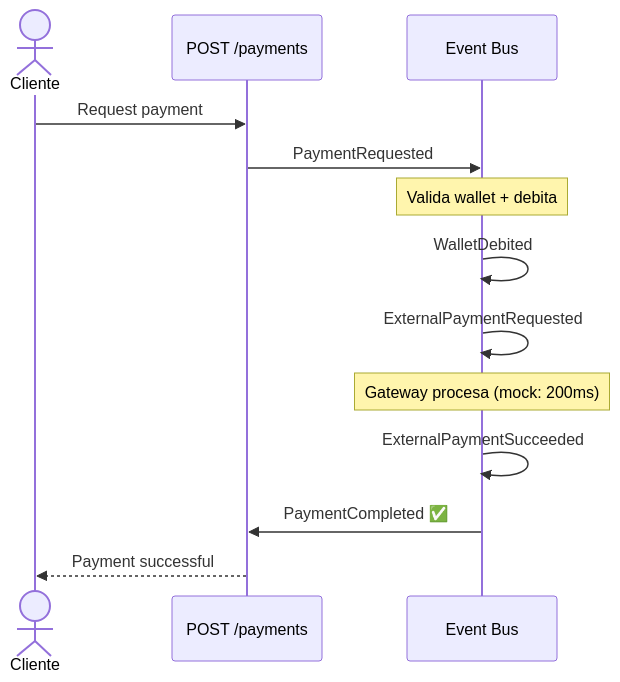
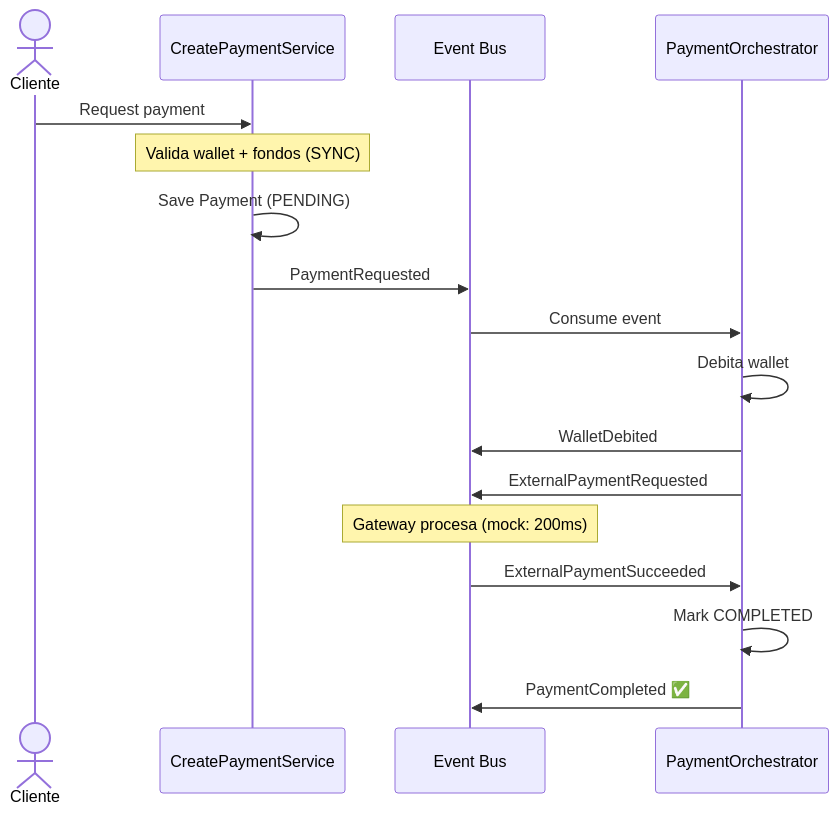
One commit to frankko93/payment-api changed the second of 4 diagrams in docs/01-arquitectura.md. Above: the diagram before and after it, drawn with Mermaid. The commit also changed other lines of this file and 5 other files, not shown here.

````diff
--- a/docs/01-arquitectura.md
+++ b/docs/01-arquitectura.md
@@ -64,16 +64,20 @@
 ```mermaid
 sequenceDiagram
     actor Cliente
-    participant API as POST /payments
+    participant API as CreatePaymentService
     participant Bus as Event Bus
+    participant PO as PaymentOrchestrator
     
     Cliente->>API: Request payment
+    Note over API: Valida wallet + fondos (SYNC)
+    API->>API: Save Payment (PENDING)
     API->>Bus: PaymentRequested
-    Note over Bus: Valida wallet + debita
-    Bus->>Bus: WalletDebited
-    Bus->>Bus: ExternalPaymentRequested
+    Bus->>PO: Consume event
+    PO->>PO: Debita wallet
+    PO->>Bus: WalletDebited
+    PO->>Bus: ExternalPaymentRequested
     Note over Bus: Gateway procesa (mock: 200ms)
-    Bus->>Bus: ExternalPaymentSucceeded
-    Bus->>API: PaymentCompleted ✅
-    API-->>Cliente: Payment successful
+    Bus->>PO: ExternalPaymentSucceeded
+    PO->>PO: Mark COMPLETED
+    PO->>Bus: PaymentCompleted ✅
 ```
````
